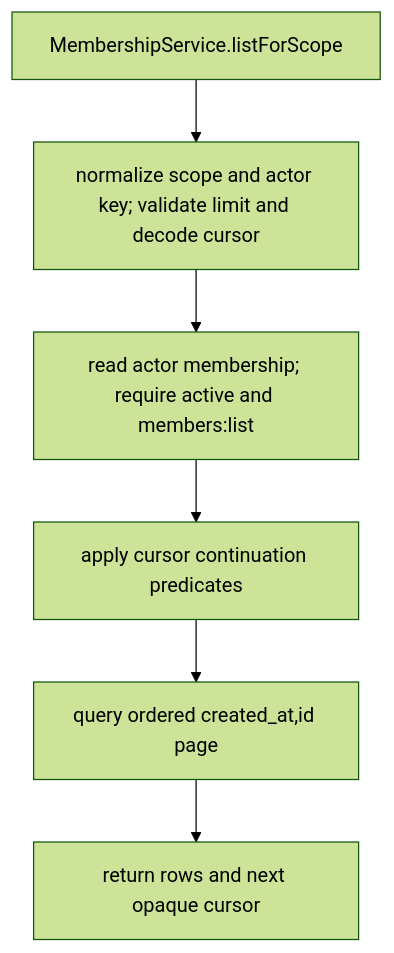
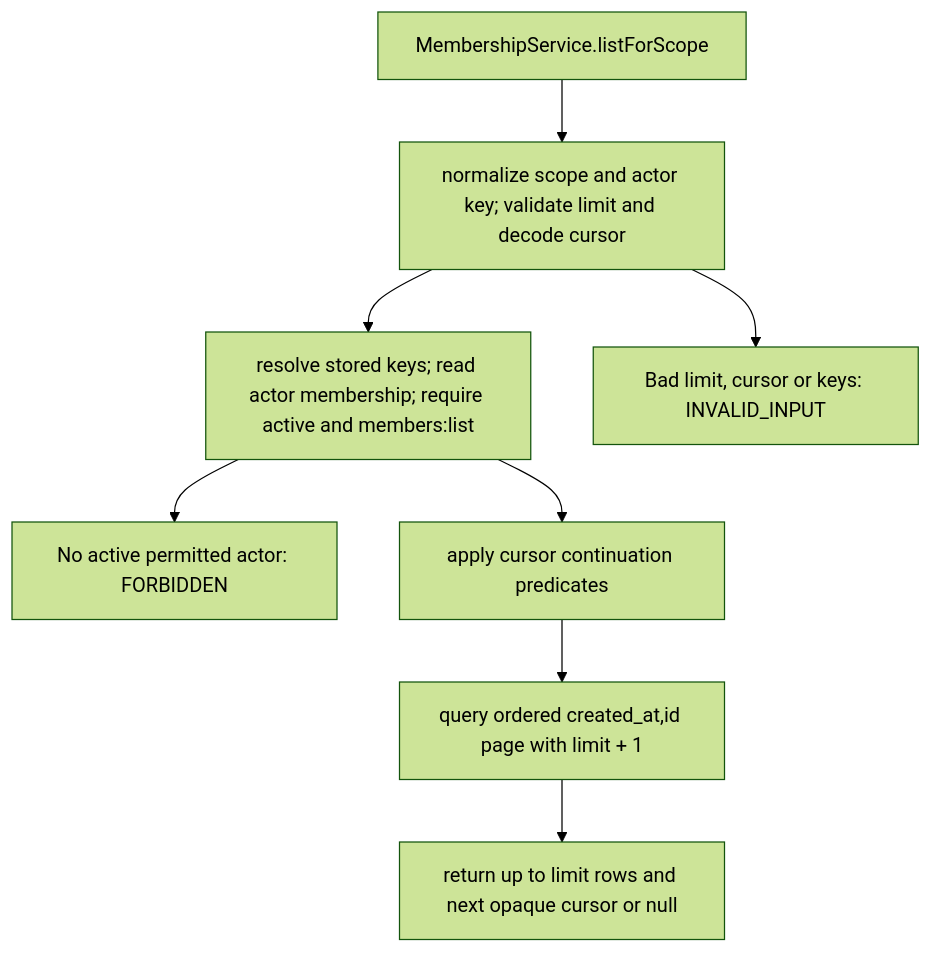
Before and after one commit to Kevinjohn/oss-adonisjs-access-control: the second of 2 diagrams in user-stories/US-ACCESS-16-list-members.md, drawn with Mermaid (forest theme). The commit also changed 31 other files, not shown here.

````diff
--- a/user-stories/US-ACCESS-16-list-members.md
+++ b/user-stories/US-ACCESS-16-list-members.md
@@ -34,8 +34,10 @@
 ```mermaid
 flowchart TD
     A["MembershipService.listForScope"] --> B["normalize scope and actor key; validate limit and decode cursor"]
-    B --> C["read actor membership; require active and members:list"]
+    B --> C["resolve stored keys; read actor membership; require active and members:list"]
+    B --> X["Bad limit, cursor or keys: INVALID_INPUT"]
+    C --> Y["No active permitted actor: FORBIDDEN"]
     C --> D["apply cursor continuation predicates"]
-    D --> E["query ordered created_at,id page"]
-    E --> F["return rows and next opaque cursor"]
+    D --> E["query ordered created_at,id page with limit + 1"]
+    E --> F["return up to limit rows and next opaque cursor or null"]
 ```
````
